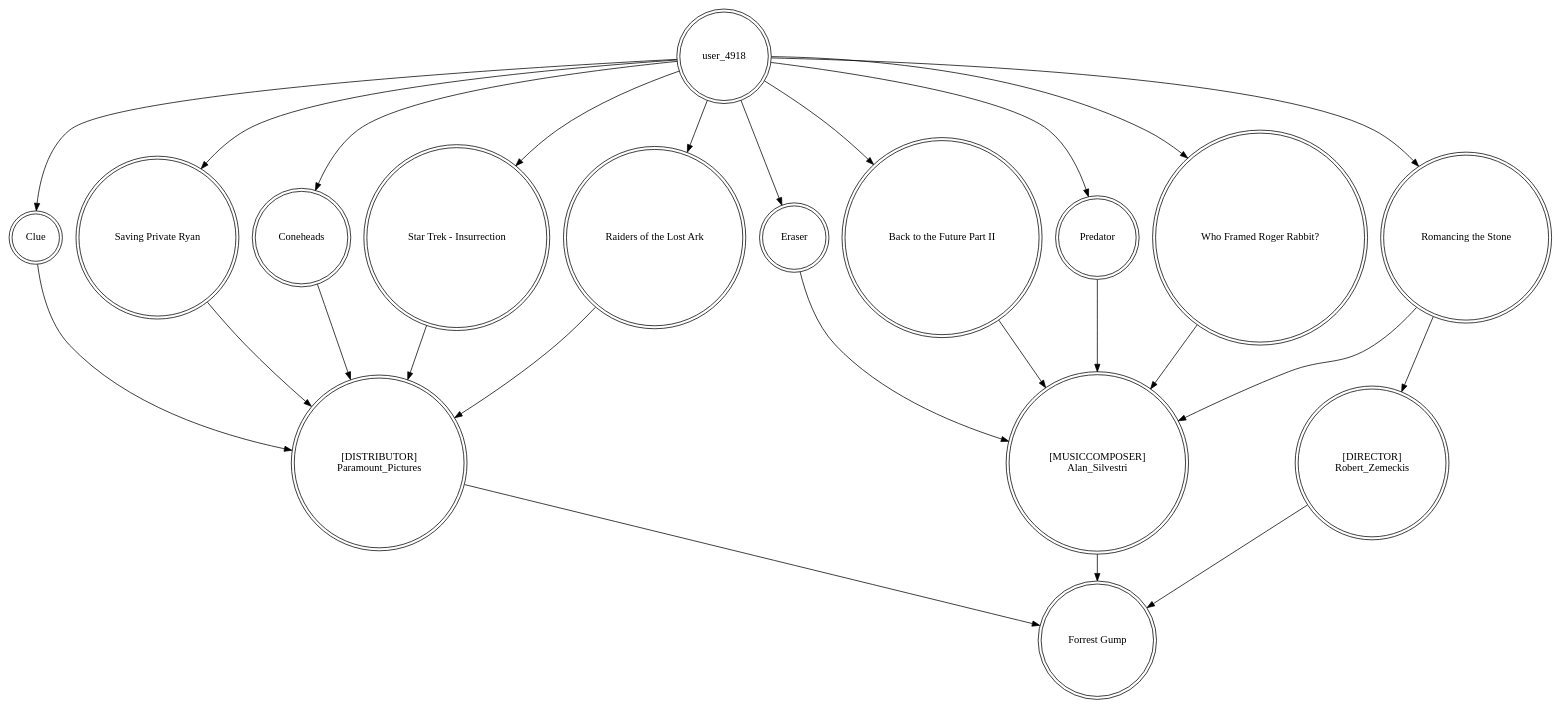
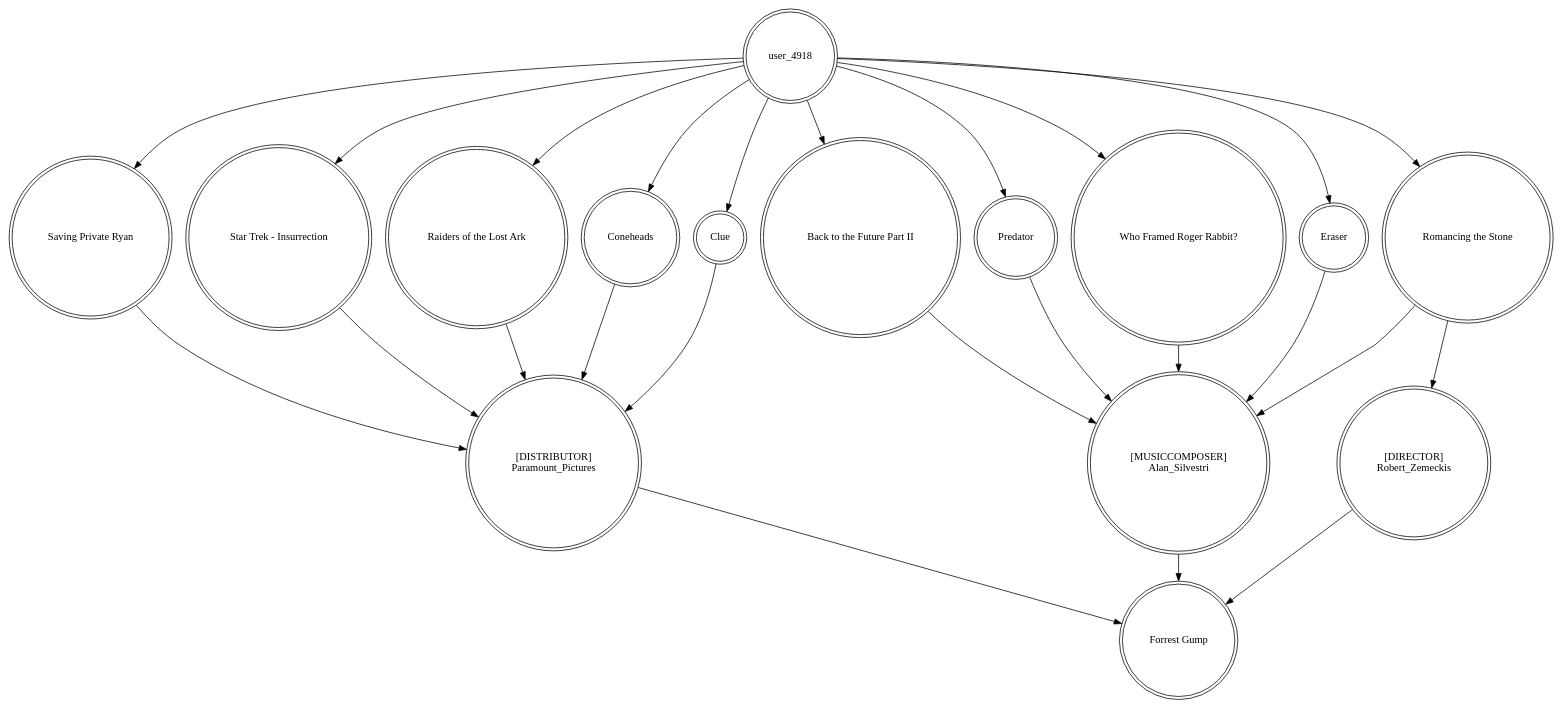
Before and after one commit to saiteja-siddana/Movie-Recommendations-GUI: the diagram in cache/kgr_graph_user-user_4918_item-356.gv, drawn with Graphviz. The commit also changed other lines of this file and 244 other files, not shown here.

Commit message:
Added demo and updated old deprecated graphviz code

```diff
--- a/cache/kgr_graph_user-user_4918_item-356.gv
+++ b/cache/kgr_graph_user-user_4918_item-356.gv
@@ -1,41 +1,41 @@
 digraph finite_state_machine {
 	node [shape=doublecircle]
+	"Saving Private Ryan" -> "[DISTRIBUTOR]
+Paramount_Pictures"
+	"Back to the Future Part II" -> "[MUSICCOMPOSER]
+Alan_Silvestri"
+	"[DIRECTOR]
+Robert_Zemeckis" -> "Forrest Gump"
+	"Star Trek - Insurrection" -> "[DISTRIBUTOR]
+Paramount_Pictures"
+	user_4918 -> "Raiders of the Lost Ark"
+	Predator -> "[MUSICCOMPOSER]
+Alan_Silvestri"
+	user_4918 -> "Saving Private Ryan"
+	"[MUSICCOMPOSER]
+Alan_Silvestri" -> "Forrest Gump"
+	user_4918 -> Predator
+	"Who Framed Roger Rabbit?" -> "[MUSICCOMPOSER]
+Alan_Silvestri"
+	"Romancing the Stone" -> "[DIRECTOR]
+Robert_Zemeckis"
+	Coneheads -> "[DISTRIBUTOR]
+Paramount_Pictures"
+	user_4918 -> Coneheads
+	user_4918 -> "Back to the Future Part II"
+	Eraser -> "[MUSICCOMPOSER]
+Alan_Silvestri"
+	user_4918 -> "Star Trek - Insurrection"
+	"Raiders of the Lost Ark" -> "[DISTRIBUTOR]
+Paramount_Pictures"
+	user_4918 -> "Who Framed Roger Rabbit?"
+	user_4918 -> Eraser
 	Clue -> "[DISTRIBUTOR]
 Paramount_Pictures"
 	"Romancing the Stone" -> "[MUSICCOMPOSER]
 Alan_Silvestri"
-	"[DIRECTOR]
-Robert_Zemeckis" -> "Forrest Gump"
-	"Saving Private Ryan" -> "[DISTRIBUTOR]
-Paramount_Pictures"
-	"Romancing the Stone" -> "[DIRECTOR]
-Robert_Zemeckis"
-	user_4918 -> Eraser
-	user_4918 -> "Back to the Future Part II"
-	user_4918 -> Predator
-	Predator -> "[MUSICCOMPOSER]
-Alan_Silvestri"
-	user_4918 -> "Saving Private Ryan"
-	Coneheads -> "[DISTRIBUTOR]
-Paramount_Pictures"
-	user_4918 -> "Romancing the Stone"
 	"[DISTRIBUTOR]
 Paramount_Pictures" -> "Forrest Gump"
-	user_4918 -> Coneheads
-	user_4918 -> "Who Framed Roger Rabbit?"
-	Eraser -> "[MUSICCOMPOSER]
-Alan_Silvestri"
 	user_4918 -> Clue
-	"Who Framed Roger Rabbit?" -> "[MUSICCOMPOSER]
-Alan_Silvestri"
-	"Star Trek - Insurrection" -> "[DISTRIBUTOR]
-Paramount_Pictures"
-	"Back to the Future Part II" -> "[MUSICCOMPOSER]
-Alan_Silvestri"
-	"Raiders of the Lost Ark" -> "[DISTRIBUTOR]
-Paramount_Pictures"
-	user_4918 -> "Raiders of the Lost Ark"
-	"[MUSICCOMPOSER]
-Alan_Silvestri" -> "Forrest Gump"
-	user_4918 -> "Star Trek - Insurrection"
+	user_4918 -> "Romancing the Stone"
 }
```
